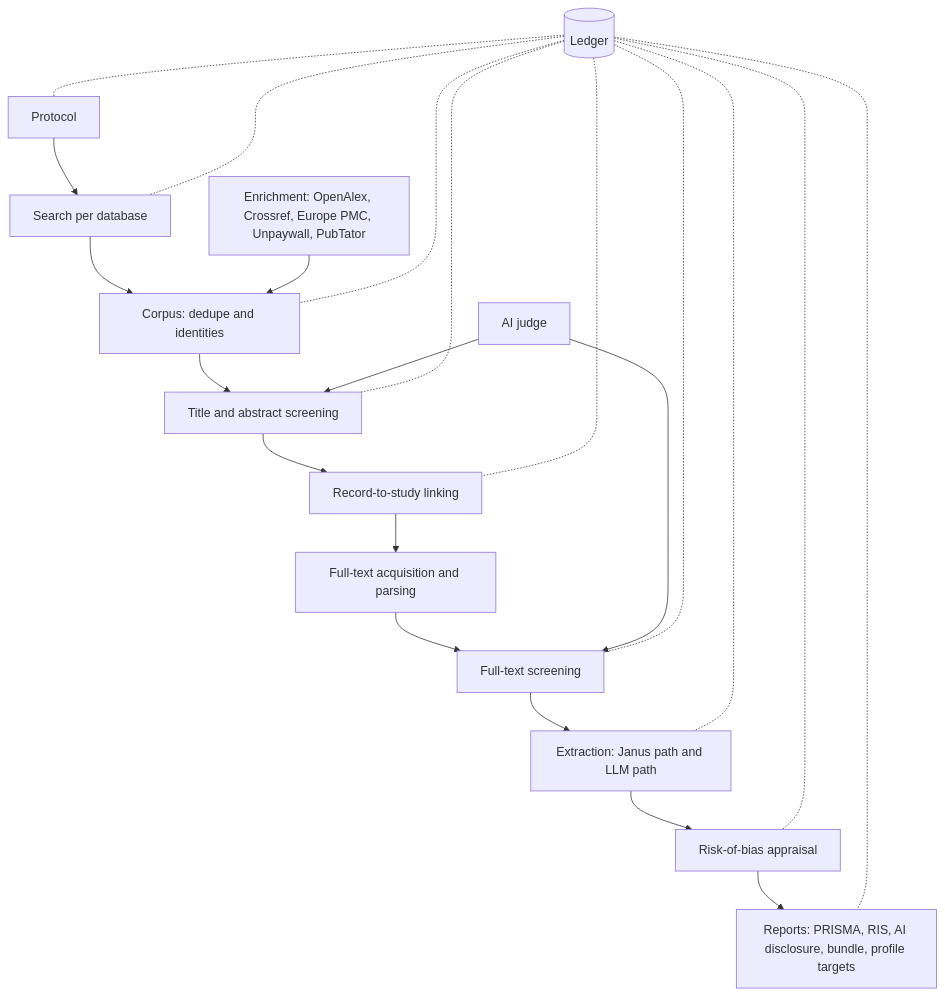
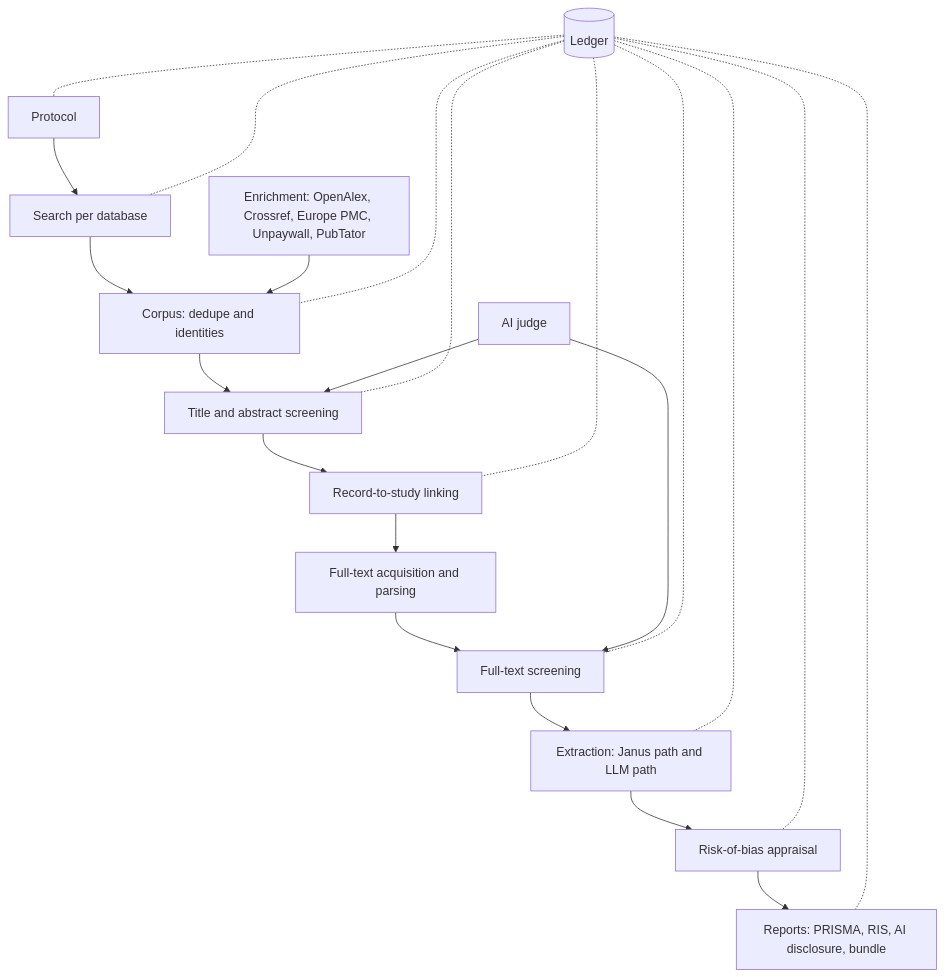
The diagram in DESIGN.md (nebu-tools/kittum), drawn with Mermaid before and after one commit. The commit also changed other lines of this file and 147 other files, not shown here.

````diff
--- a/DESIGN.md
+++ b/DESIGN.md
@@ -123,16 +116,16 @@
 ```mermaid
 flowchart TD
 	P[Protocol] --> S[Search per database]
 	S --> C[Corpus: dedupe and identities]
 	E[Enrichment: OpenAlex, Crossref, Europe PMC, Unpaywall, PubTator] --> C
 	C --> TA[Title and abstract screening]
 	J[AI judge] --> TA
 	TA --> ST[Record-to-study linking]
 	ST --> FT[Full-text acquisition and parsing]
 	FT --> FS[Full-text screening]
 	J --> FS
 	FS --> X[Extraction: Janus path and LLM path]
 	X --> A[Risk-of-bias appraisal]
-	A --> R[Reports: PRISMA, RIS, AI disclosure, bundle, profile targets]
+	A --> R[Reports: PRISMA, RIS, AI disclosure, bundle]
 	L[(Ledger)] -.- P & S & C & TA & ST & FS & X & A & R
 ```
````
